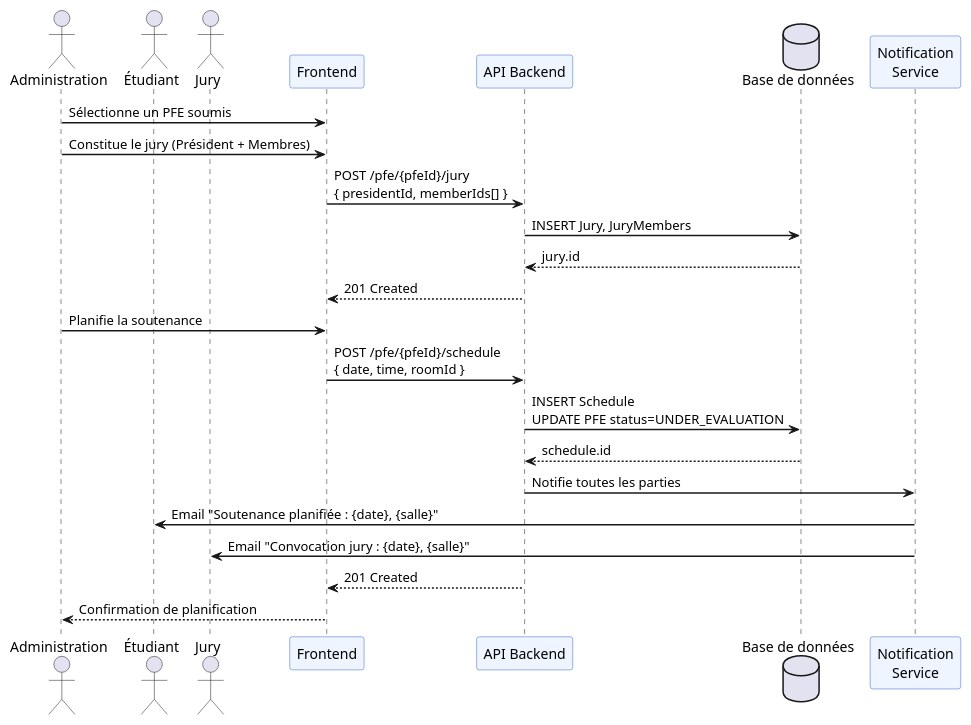
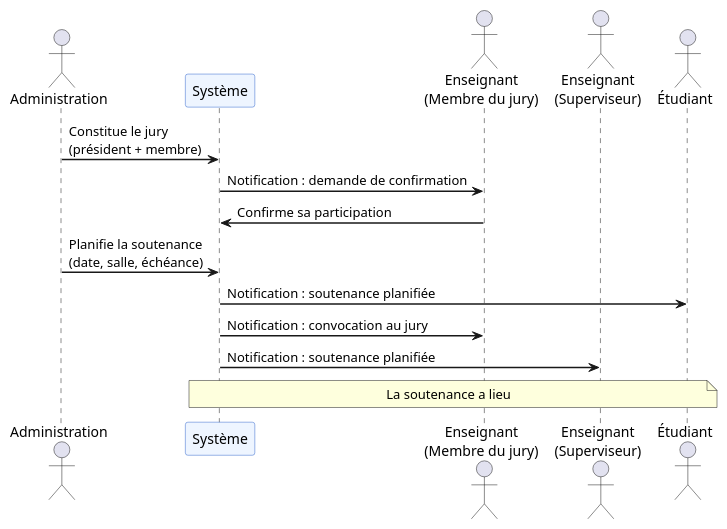
Before and after one commit to rhpo/pfe-enhanced: the diagram in diagrams/seq-jury-planification.puml, drawn with PlantUML. The commit also changed 50 other files, not shown here.

Commit message:
Chapter 3 conception, UML diagrams, bibliography fixes and figure sizing

```diff
--- a/diagrams/seq-jury-planification.puml
+++ b/diagrams/seq-jury-planification.puml
@@ -1,30 +1,22 @@
 @startuml
 skinparam sequenceArrowThickness 1.5
 skinparam sequenceParticipantBackgroundColor #EEF5FF
 skinparam sequenceParticipantBorderColor #3366CC
 
 actor "Administration" as A
+participant "Système" as S
+actor "Enseignant\n(Membre du jury)" as J
+actor "Enseignant\n(Superviseur)" as T
 actor "Étudiant" as E
-actor "Jury" as J
-participant "Frontend" as FE
-participant "API Backend" as API
-database "Base de données" as DB
-participant "Notification\nService" as NS
 
-A -> FE : Sélectionne un PFE soumis
-A -> FE : Constitue le jury (Président + Membres)
-FE -> API : POST /pfe/{pfeId}/jury\n{ presidentId, memberIds[] }
-API -> DB : INSERT Jury, JuryMembers
-DB --> API : jury.id
-API --> FE : 201 Created
+A -> S : Constitue le jury\n(président + membre)
+S -> J : Notification : demande de confirmation
+J -> S : Confirme sa participation
 
-A -> FE : Planifie la soutenance
-FE -> API : POST /pfe/{pfeId}/schedule\n{ date, time, roomId }
-API -> DB : INSERT Schedule\nUPDATE PFE status=UNDER_EVALUATION
-DB --> API : schedule.id
-API -> NS : Notifie toutes les parties
-NS -> E : Email "Soutenance planifiée : {date}, {salle}"
-NS -> J : Email "Convocation jury : {date}, {salle}"
-API --> FE : 201 Created
-FE --> A : Confirmation de planification
+A -> S : Planifie la soutenance\n(date, salle, échéance)
+S -> E : Notification : soutenance planifiée
+S -> J : Notification : convocation au jury
+S -> T : Notification : soutenance planifiée
+
+note over E, S : La soutenance a lieu
 @enduml
```
